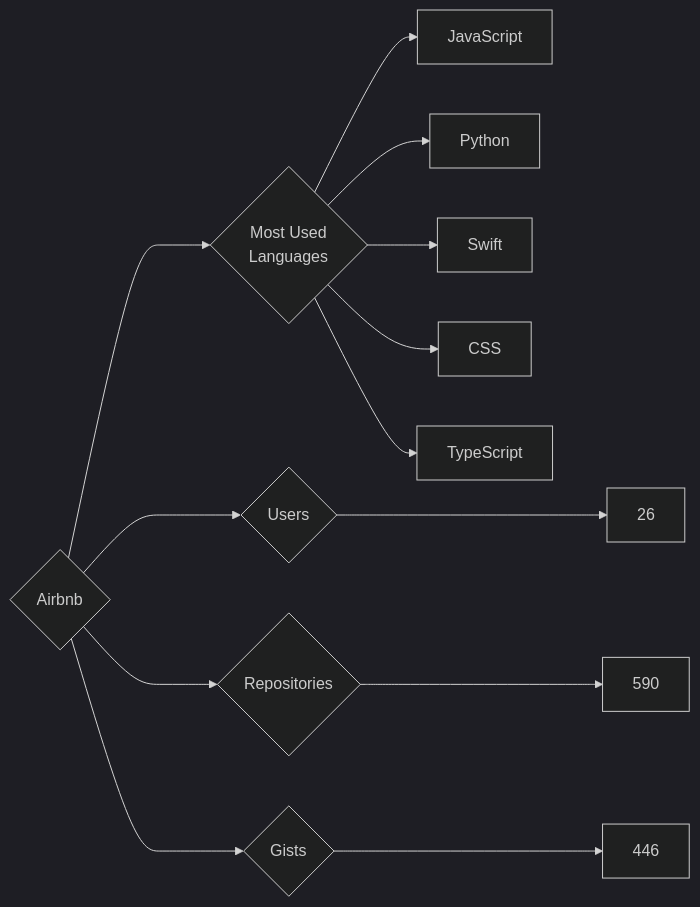
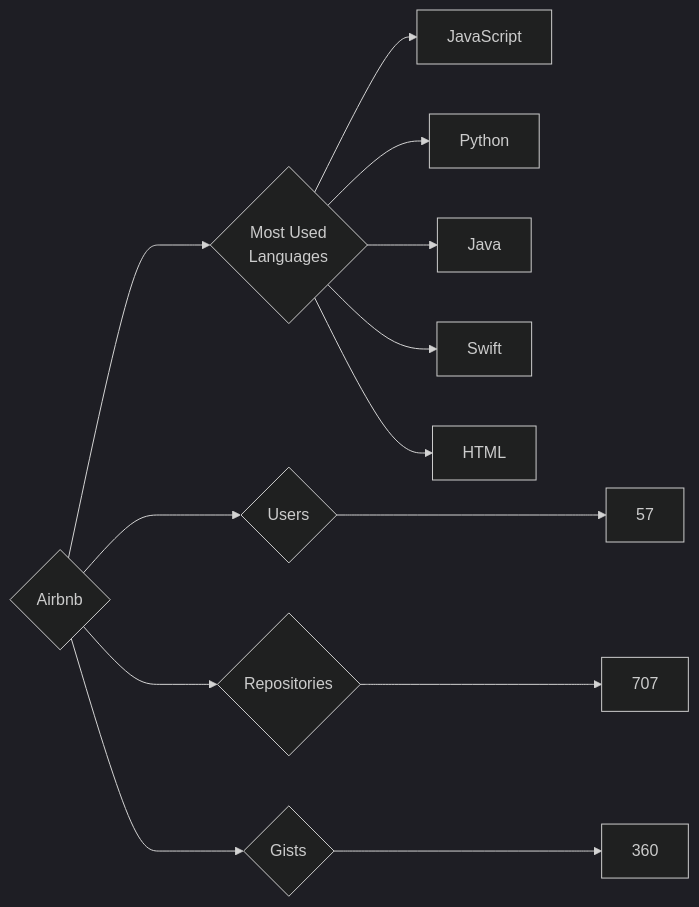
One commit to trickest/insiders changed the diagram in targets/Airbnb/README.md. Above: the diagram before and after it, drawn with Mermaid (dark theme). The commit also changed 870 other files, not shown here.

````diff
--- a/targets/Airbnb/README.md
+++ b/targets/Airbnb/README.md
@@ -3,13 +3,13 @@
 ```mermaid
 graph LR
 COMPANY_NAME{Airbnb}
-COMPANY_NAME ---> U{Users} ---> UN[26]
-COMPANY_NAME ---> R{Repositories} ---> RN[590]
-COMPANY_NAME ---> G{Gists} ---> GN[446]
+COMPANY_NAME ---> U{Users} ---> UN[57]
+COMPANY_NAME ---> R{Repositories} ---> RN[707]
+COMPANY_NAME ---> G{Gists} ---> GN[360]
 COMPANY_NAME ---> ML{Most Used<br>Languages}
 ML --> JavaScript[JavaScript]
 ML --> Python[Python]
+ML --> Java[Java]
 ML --> Swift[Swift]
-ML --> CSS[CSS]
-ML --> TypeScript[TypeScript]
+ML --> HTML[HTML]
 ```
````
